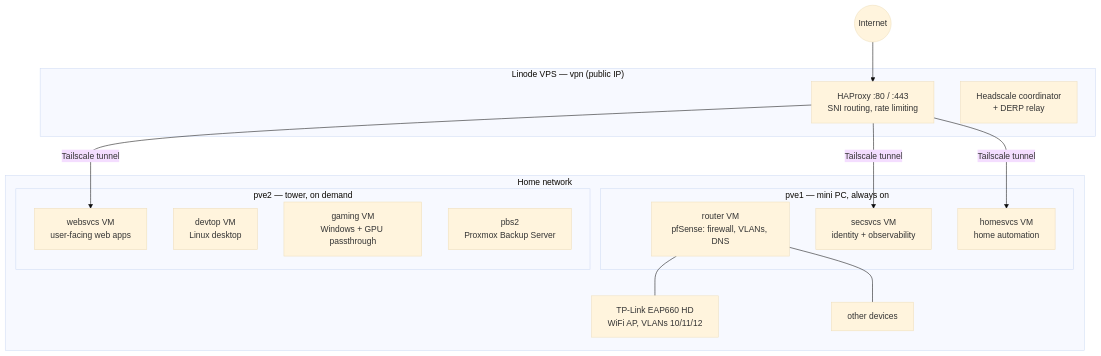
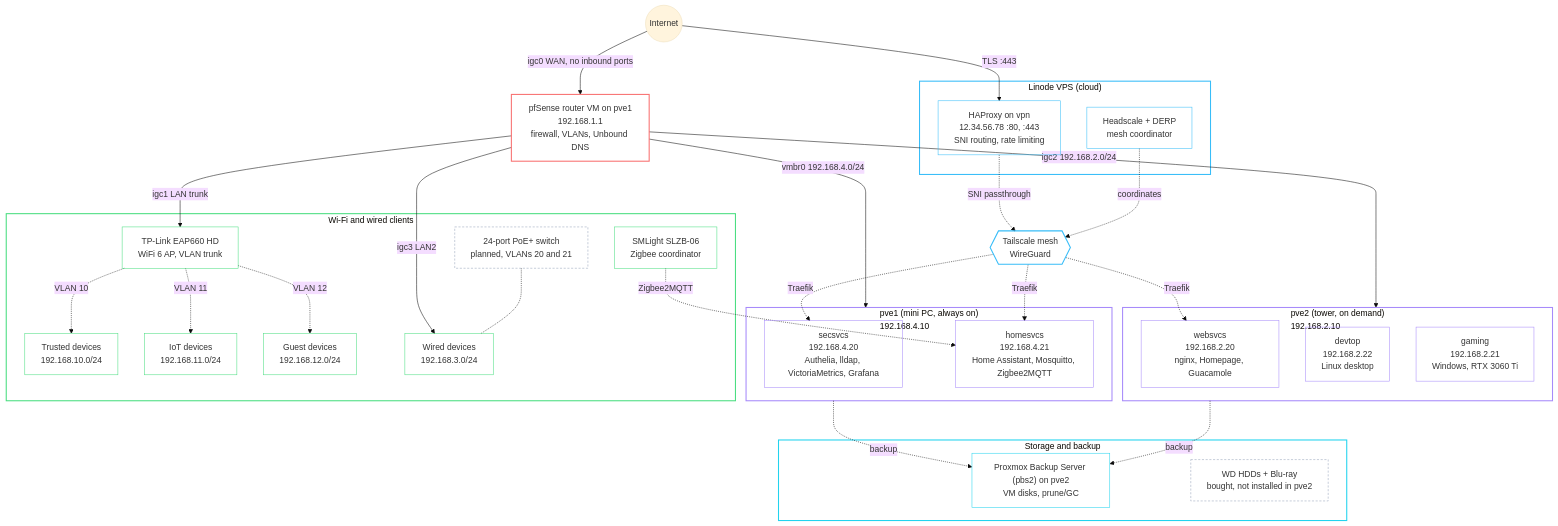
Before and after one commit to babraham123/homelab: the diagram in docs/architecture.md, drawn with Mermaid (base theme). The commit also changed other lines of this file and 11 other files, not shown here.

Commit message:
improve diagrams, wording in docs/

````diff
--- a/docs/architecture.md
+++ b/docs/architecture.md
@@ -20,29 +20,75 @@
 ```mermaid
 flowchart TB
     inet(("Internet"))
-    subgraph vps["Linode VPS — vpn (public IP)"]
-        haproxy["HAProxy :80 / :443<br/>SNI routing, rate limiting"]
-        headscale["Headscale coordinator<br/>+ DERP relay"]
+
+    subgraph cloud["Linode VPS (cloud)"]
+        haproxy["HAProxy on vpn<br/>12.34.56.78 :80, :443<br/>SNI routing, rate limiting"]
+        headscale["Headscale + DERP<br/>mesh coordinator"]
     end
-    subgraph home["Home network"]
-        subgraph pve1["pve1 — mini PC, always on"]
-            router["router VM<br/>pfSense: firewall, VLANs, DNS"]
-            secsvcs["secsvcs VM<br/>identity + observability"]
-            homesvcs["homesvcs VM<br/>home automation"]
-        end
-        subgraph pve2["pve2 — tower, on demand"]
-            websvcs["websvcs VM<br/>user-facing web apps"]
-            devtop["devtop VM<br/>Linux desktop"]
-            gaming["gaming VM<br/>Windows + GPU passthrough"]
-            pbs2["pbs2<br/>Proxmox Backup Server"]
-        end
-        ap["TP-Link EAP660 HD<br/>WiFi AP, VLANs 10/11/12"]
-        other["other devices"]
+
+    fw["pfSense router VM on pve1<br/>192.168.1.1<br/>firewall, VLANs, Unbound DNS"]
+    mesh{{"Tailscale mesh<br/>WireGuard"}}
+
+    subgraph pve1["pve1 (mini PC, always on)<br/>192.168.4.10"]
+        secsvcs["secsvcs<br/>192.168.4.20<br/>Authelia, lldap, VictoriaMetrics, Grafana"]
+        homesvcs["homesvcs<br/>192.168.4.21<br/>Home Assistant, Mosquitto, Zigbee2MQTT"]
     end
-    inet --> haproxy
-    haproxy -- "Tailscale tunnel" --> secsvcs
-    haproxy -- "Tailscale tunnel" --> homesvcs
-    haproxy -- "Tailscale tunnel" --> websvcs
-    router --- ap
-    router --- other
+
+    subgraph pve2["pve2 (tower, on demand)<br/>192.168.2.10"]
+        websvcs["websvcs<br/>192.168.2.20<br/>nginx, Homepage, Guacamole"]
+        devtop["devtop<br/>192.168.2.22<br/>Linux desktop"]
+        gaming["gaming<br/>192.168.2.21<br/>Windows, RTX 3060 Ti"]
+    end
+
+    subgraph clients["Wi-Fi and wired clients"]
+        ap["TP-Link EAP660 HD<br/>WiFi 6 AP, VLAN trunk"]
+        trusted["Trusted devices<br/>192.168.10.0/24"]
+        iot["IoT devices<br/>192.168.11.0/24"]
+        guest["Guest devices<br/>192.168.12.0/24"]
+        zigbee["SMLight SLZB-06<br/>Zigbee coordinator"]
+        wdev["Wired devices<br/>192.168.3.0/24"]
+        sw["24-port PoE+ switch<br/>planned, VLANs 20 and 21"]
+    end
+
+    subgraph store["Storage and backup"]
+        pbs2["Proxmox Backup Server (pbs2) on pve2<br/>VM disks, prune/GC"]
+        hdds["WD HDDs + Blu-ray<br/>bought, not installed in pve2"]
+    end
+
+    inet -- "TLS :443" --> haproxy
+    inet -- "igc0 WAN, no inbound ports" --> fw
+    haproxy -. "SNI passthrough" .-> mesh
+    headscale -. "coordinates" .-> mesh
+    mesh -. "Traefik" .-> secsvcs
+    mesh -. "Traefik" .-> homesvcs
+    mesh -. "Traefik" .-> websvcs
+    fw -- "vmbr0 192.168.4.0/24" --> pve1
+    fw -- "igc2 192.168.2.0/24" --> pve2
+    fw -- "igc1 LAN trunk" --> ap
+    fw -- "igc3 LAN2" --> wdev
+    ap -. "VLAN 10" .-> trusted
+    ap -. "VLAN 11" .-> iot
+    ap -. "VLAN 12" .-> guest
+    zigbee -. "Zigbee2MQTT" .-> homesvcs
+    sw -.- wdev
+    pve1 -. "backup" .-> pbs2
+    pve2 -. "backup" .-> pbs2
+
+    style cloud stroke:#38bdf8,stroke-width:2px,fill:transparent
+    style pve1 stroke:#a78bfa,stroke-width:2px,fill:transparent
+    style pve2 stroke:#a78bfa,stroke-width:2px,fill:transparent
+    style clients stroke:#4ade80,stroke-width:2px,fill:transparent
+    style store stroke:#22d3ee,stroke-width:2px,fill:transparent
+    style fw stroke:#f87171,stroke-width:2px,fill:transparent
+    style mesh stroke:#38bdf8,stroke-width:2px,fill:transparent
+    classDef ext stroke:#38bdf8,fill:transparent
+    classDef host stroke:#a78bfa,fill:transparent
+    classDef data stroke:#22d3ee,fill:transparent
+    classDef dev stroke:#4ade80,fill:transparent
+    classDef planned stroke:#94a3b8,stroke-dasharray:4 3,fill:transparent
+    class haproxy,headscale ext
+    class secsvcs,homesvcs,websvcs,devtop,gaming host
+    class pbs2 data
+    class ap,trusted,iot,guest,zigbee,wdev dev
+    class hdds,sw planned
 ```
````
